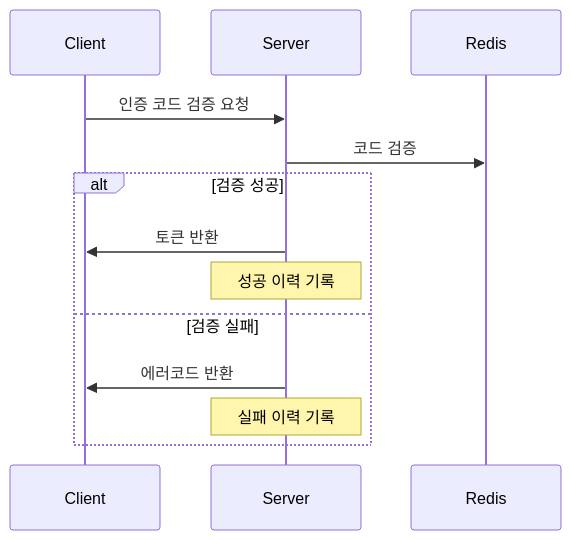
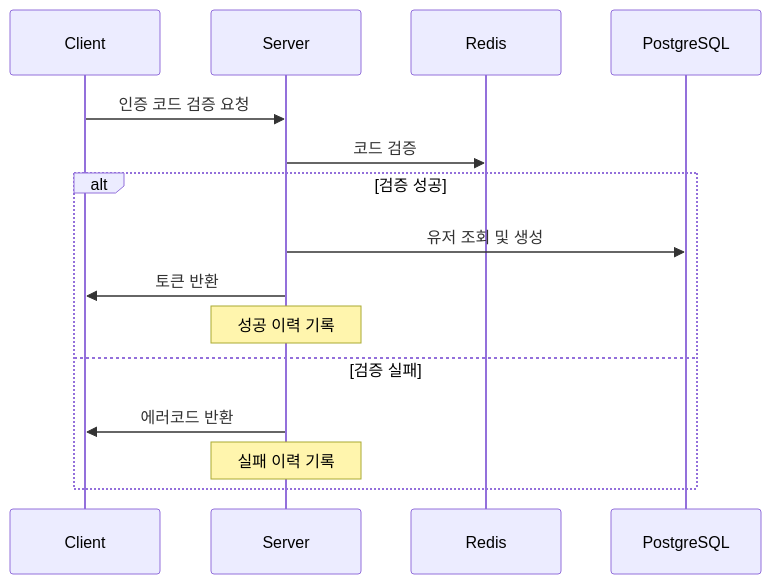
One commit to 23tae/23tae.github.io changed the second of 2 diagrams in _posts/project/sidaeting5/2024-12-15-sidaeting5-aws-ses-email-verification.md. Above: the diagram before and after it, drawn with Mermaid. The commit also changed other lines of this file and 7 other files, not shown here.

````diff
--- a/_posts/project/sidaeting5/2024-12-15-sidaeting5-aws-ses-email-verification.md
+++ b/_posts/project/sidaeting5/2024-12-15-sidaeting5-aws-ses-email-verification.md
@@ -76,16 +76,18 @@
 ```mermaid
 sequenceDiagram
     participant C as Client
     participant S as Server
     participant R as Redis
+    participant P as PostgreSQL
 
     C->>S: 인증 코드 검증 요청
     S->>R: 코드 검증
     alt 검증 성공
+        S->>P: 유저 조회 및 생성
         S->>C: 토큰 반환
         Note over S: 성공 이력 기록
     else 검증 실패
         S->>C: 에러코드 반환
         Note over S: 실패 이력 기록
     end
 ```
````
